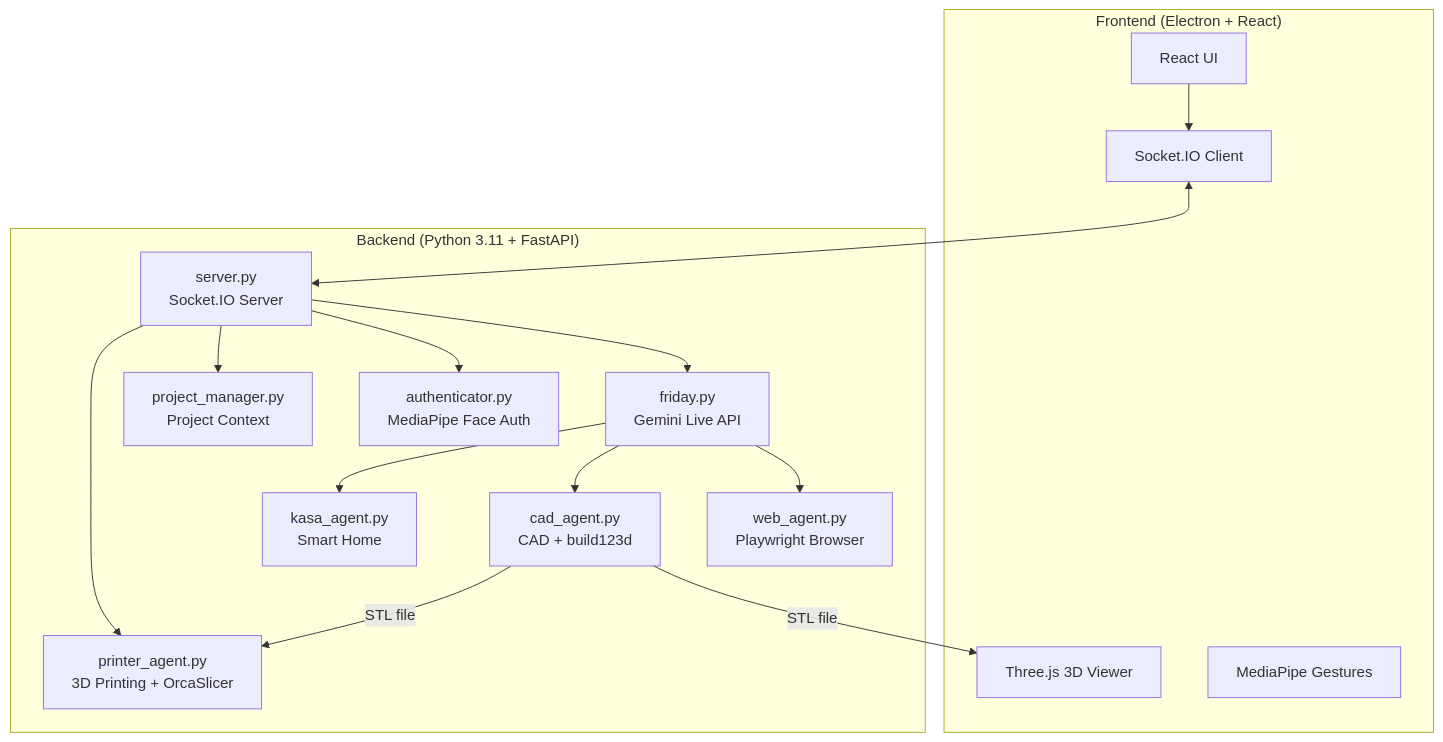
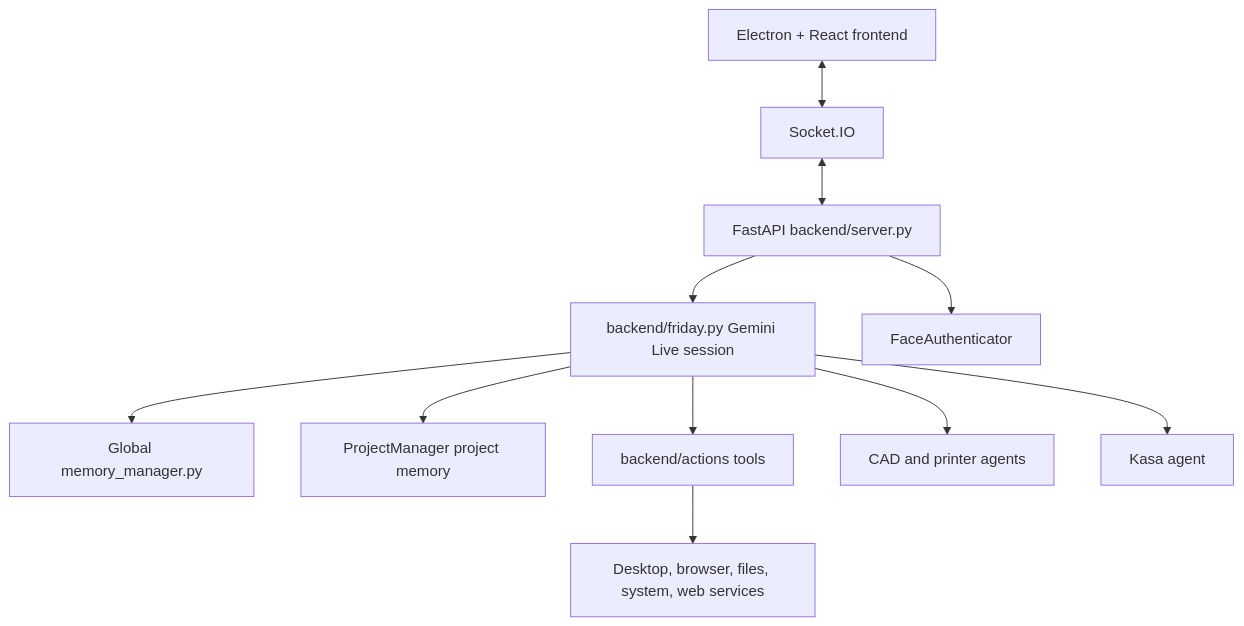
One commit to mazwisprojects/Friday-AI-Assistant changed the diagram in README.md. Above: the diagram before and after it, drawn with Mermaid. The commit also changed other lines of this file and 11 other files, not shown here.

Commit message:
Enhance Friday HUD, contacts, memory, and file workflows

````diff
--- a/README.md
+++ b/README.md
@@ -44,32 +20,13 @@
 ```mermaid
 graph TB
-    subgraph Frontend ["Frontend (Electron + React)"]
-        UI[React UI]
-        THREE[Three.js 3D Viewer]
-        GESTURE[MediaPipe Gestures]
-        SOCKET_C[Socket.IO Client]
-    end
-    
-    subgraph Backend ["Backend (Python 3.11 + FastAPI)"]
-        SERVER[server.py<br/>Socket.IO Server]
-        FRIDAY[friday.py<br/>Gemini Live API]
-        WEB[web_agent.py<br/>Playwright Browser]
-        CAD[cad_agent.py<br/>CAD + build123d]
-        PRINTER[printer_agent.py<br/>3D Printing + OrcaSlicer]
-        KASA[kasa_agent.py<br/>Smart Home]
-        AUTH[authenticator.py<br/>MediaPipe Face Auth]
-        PM[project_manager.py<br/>Project Context]
-    end
-    
-    UI --> SOCKET_C
-    SOCKET_C <--> SERVER
-    SERVER --> FRIDAY
-    FRIDAY --> WEB
-    FRIDAY --> CAD
-    FRIDAY --> KASA
-    SERVER --> AUTH
-    SERVER --> PM
-    SERVER --> PRINTER
-    CAD -->|STL file| THREE
-    CAD -->|STL file| PRINTER
+    UI[Electron + React frontend] <--> SIO[Socket.IO]
+    SIO <--> SERVER[FastAPI backend/server.py]
+    SERVER --> CORE[backend/friday.py Gemini Live session]
+    CORE --> MEMORY[Global memory_manager.py]
+    CORE --> PROJECTS[ProjectManager project memory]
+    CORE --> ACTIONS[backend/actions tools]
+    CORE --> CAD[CAD and printer agents]
+    CORE --> KASA[Kasa agent]
+    SERVER --> AUTH[FaceAuthenticator]
+    ACTIONS --> OS[Desktop, browser, files, system, web services]
 ```
````
